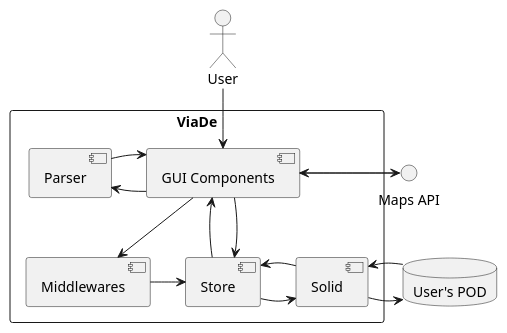
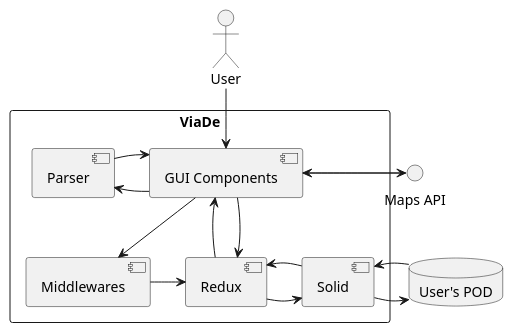
The diagram in src/docs/diagrams/05-01_whiteboxOverallSystem.puml (Arquisoft/viade_en1b), drawn with PlantUML before and after one commit. The commit also changed 6 other files, not shown here.

```diff
--- a/src/docs/diagrams/05-01_whiteboxOverallSystem.puml
+++ b/src/docs/diagrams/05-01_whiteboxOverallSystem.puml
@@ -1,42 +1,42 @@
 @startuml
 
 rectangle ViaDe {
     [GUI Components] as react
     [Parser] as parser 
     [Middlewares] as middlewares
-    [Store] as store 
+    [Redux] as store 
     [Solid] as solid
 }
 
 database "User's POD" as pod
 
 () "Maps API" as imaps
 
 :User: --> react
 
 react <-- store
 react --> store
 
 react --> middlewares
 
 parser <- react
 parser -> react
 
 middlewares -> store
 
 store -> solid
 store <- solid
 
 solid -> pod
 solid <- pod
 
 react -> imaps
 imaps -> react
 
 
 
 
 
 
 
 @enduml
```
